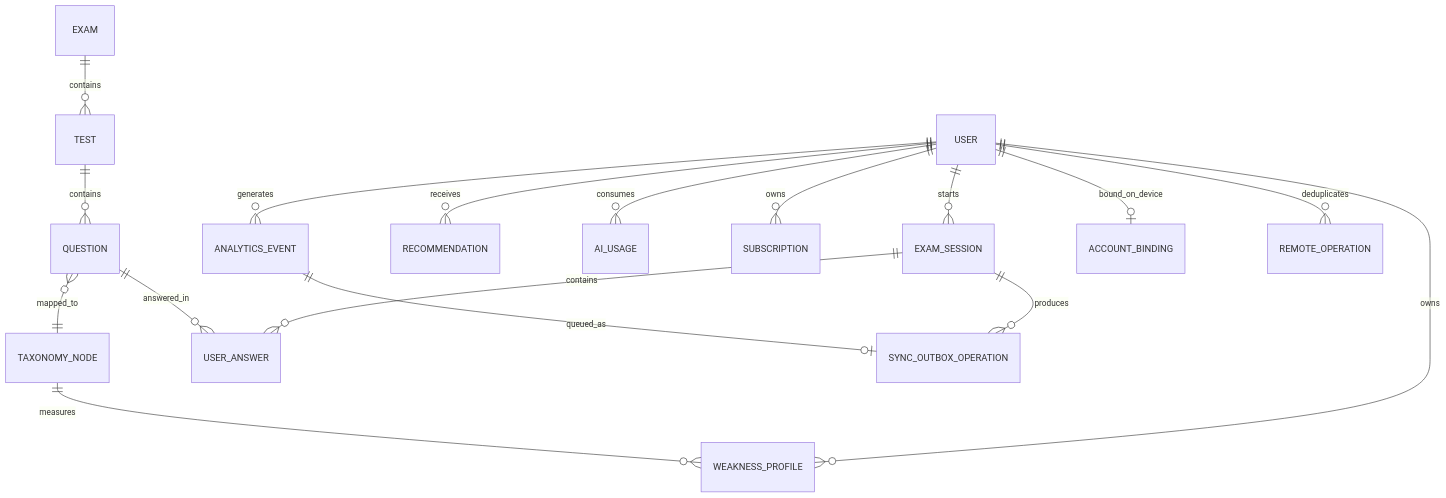
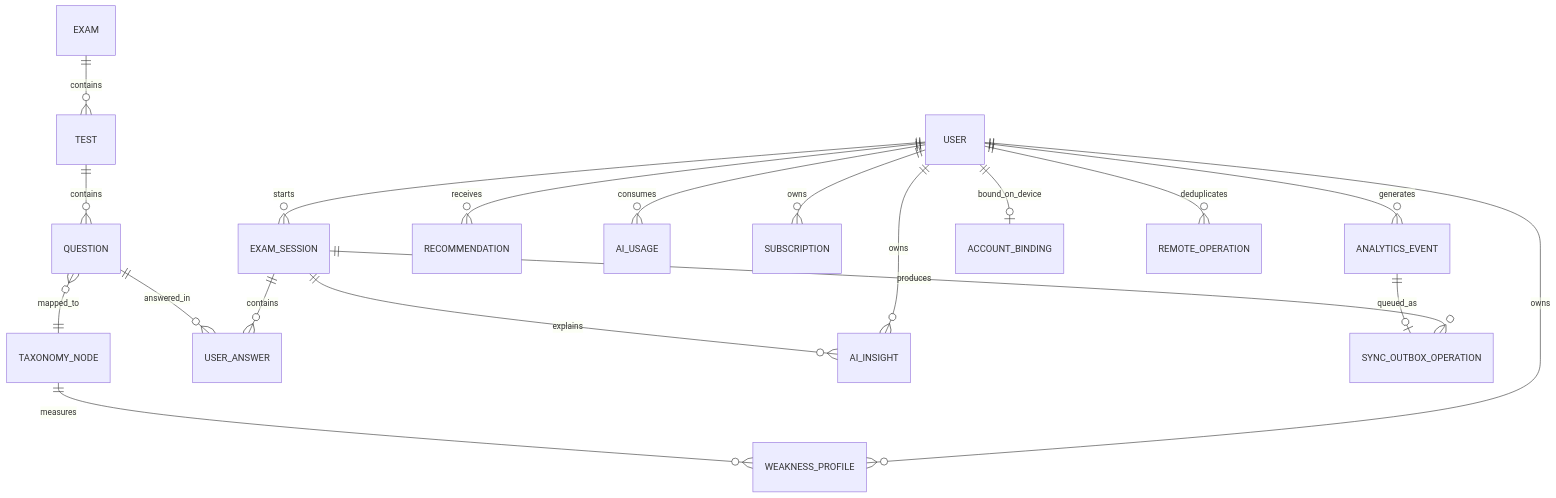
The diagram in docs/engineering/Database_ERD.md (fauzibinfaisal/ExamCoach), drawn with Mermaid before and after one commit. The commit also changed other lines of this file and 65 other files, not shown here.

````diff
--- a/docs/engineering/Database_ERD.md
+++ b/docs/engineering/Database_ERD.md
@@ -5,19 +5,21 @@
 ```mermaid
 erDiagram
     USER ||--o{ EXAM_SESSION : starts
     EXAM ||--o{ TEST : contains
     TEST ||--o{ QUESTION : contains
     QUESTION }o--|| TAXONOMY_NODE : mapped_to
     EXAM_SESSION ||--o{ USER_ANSWER : contains
     QUESTION ||--o{ USER_ANSWER : answered_in
     USER ||--o{ WEAKNESS_PROFILE : owns
     TAXONOMY_NODE ||--o{ WEAKNESS_PROFILE : measures
     USER ||--o{ RECOMMENDATION : receives
     USER ||--o{ AI_USAGE : consumes
+    USER ||--o{ AI_INSIGHT : owns
+    EXAM_SESSION ||--o{ AI_INSIGHT : explains
     USER ||--o{ SUBSCRIPTION : owns
     USER ||--o{ ANALYTICS_EVENT : generates
     USER ||--o| ACCOUNT_BINDING : bound_on_device
     USER ||--o{ REMOTE_OPERATION : deduplicates
     EXAM_SESSION ||--o{ SYNC_OUTBOX_OPERATION : produces
     ANALYTICS_EVENT ||--o| SYNC_OUTBOX_OPERATION : queued_as
 ```
````
